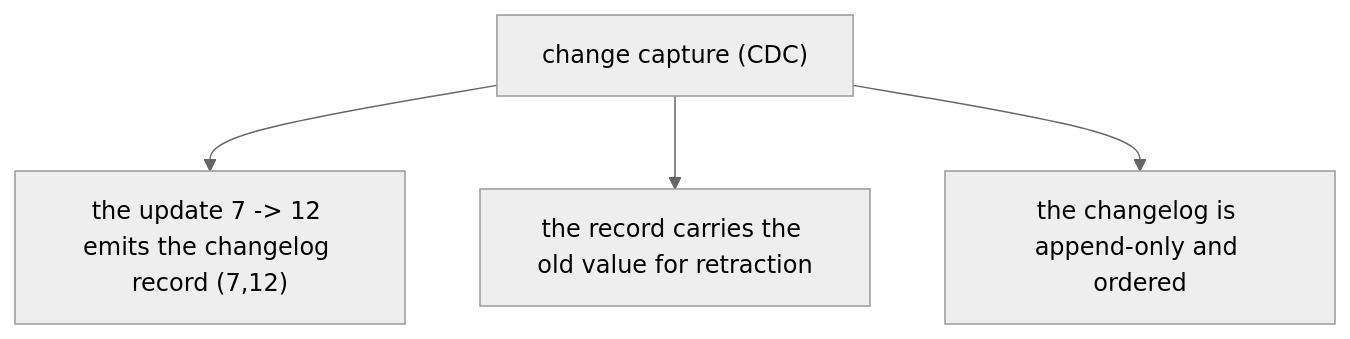
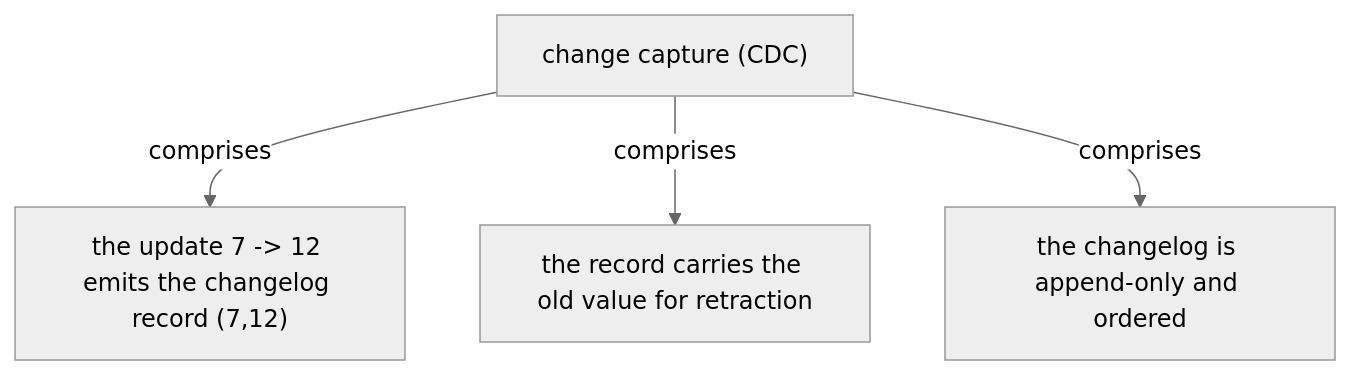
Before and after one commit to vinayakuber/streaming-systems-study-guide: the fifth of 19 diagrams in docs/ch06-streams-and-tables.md, drawn with Mermaid (neutral theme). The commit also changed other lines of this file and 22 other files, not shown here.

First line of the commit message:
R18: label every diagram arrow with its meaning

````diff
--- a/docs/ch06-streams-and-tables.md
+++ b/docs/ch06-streams-and-tables.md
@@ -155,7 +155,7 @@
 ```mermaid
 flowchart TD
   R["change capture (CDC)"]
-  R --> P0["the update 7 -&gt; 12 emits the changelog record (7,12)"]
-  R --> P1["the record carries the old value for retraction"]
-  R --> P2["the changelog is append-only and ordered"]
+  R -->|"comprises"| P0["the update 7 -&gt; 12 emits the changelog record (7,12)"]
+  R -->|"comprises"| P1["the record carries the old value for retraction"]
+  R -->|"comprises"| P2["the changelog is append-only and ordered"]
 ```
````
